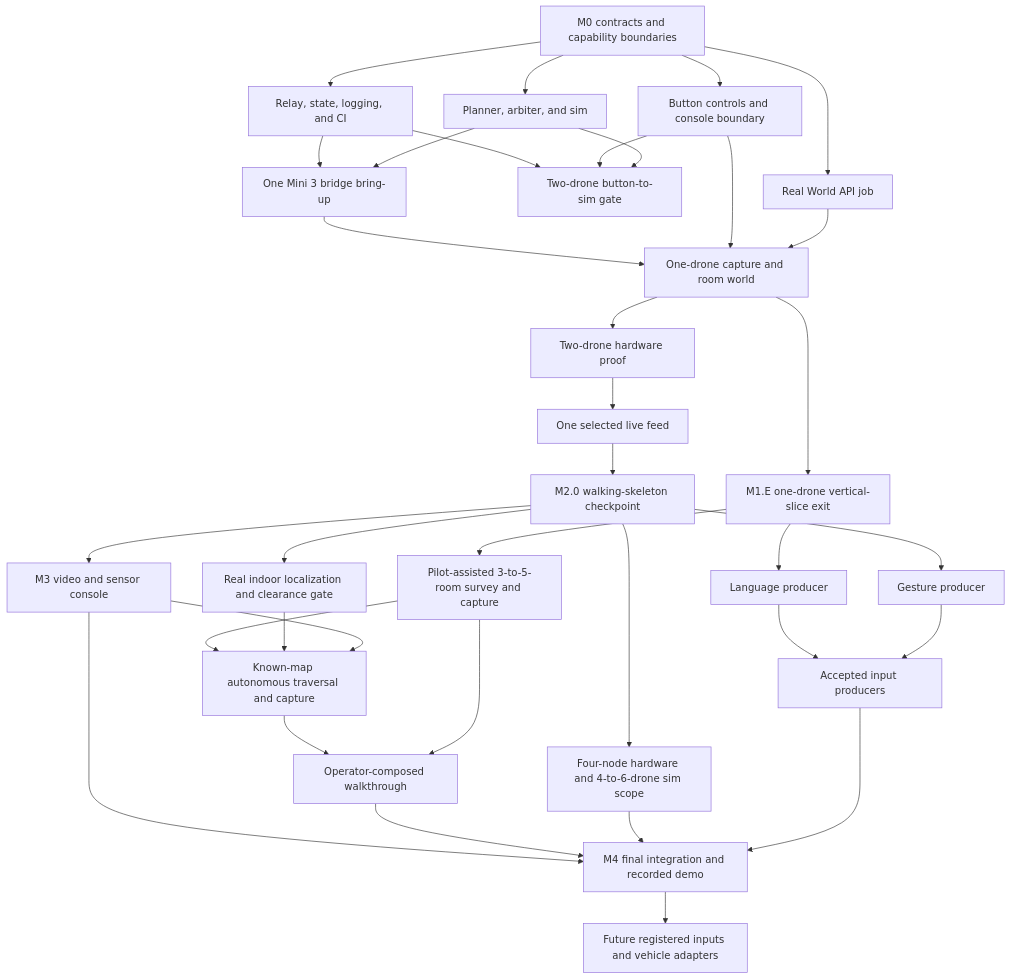
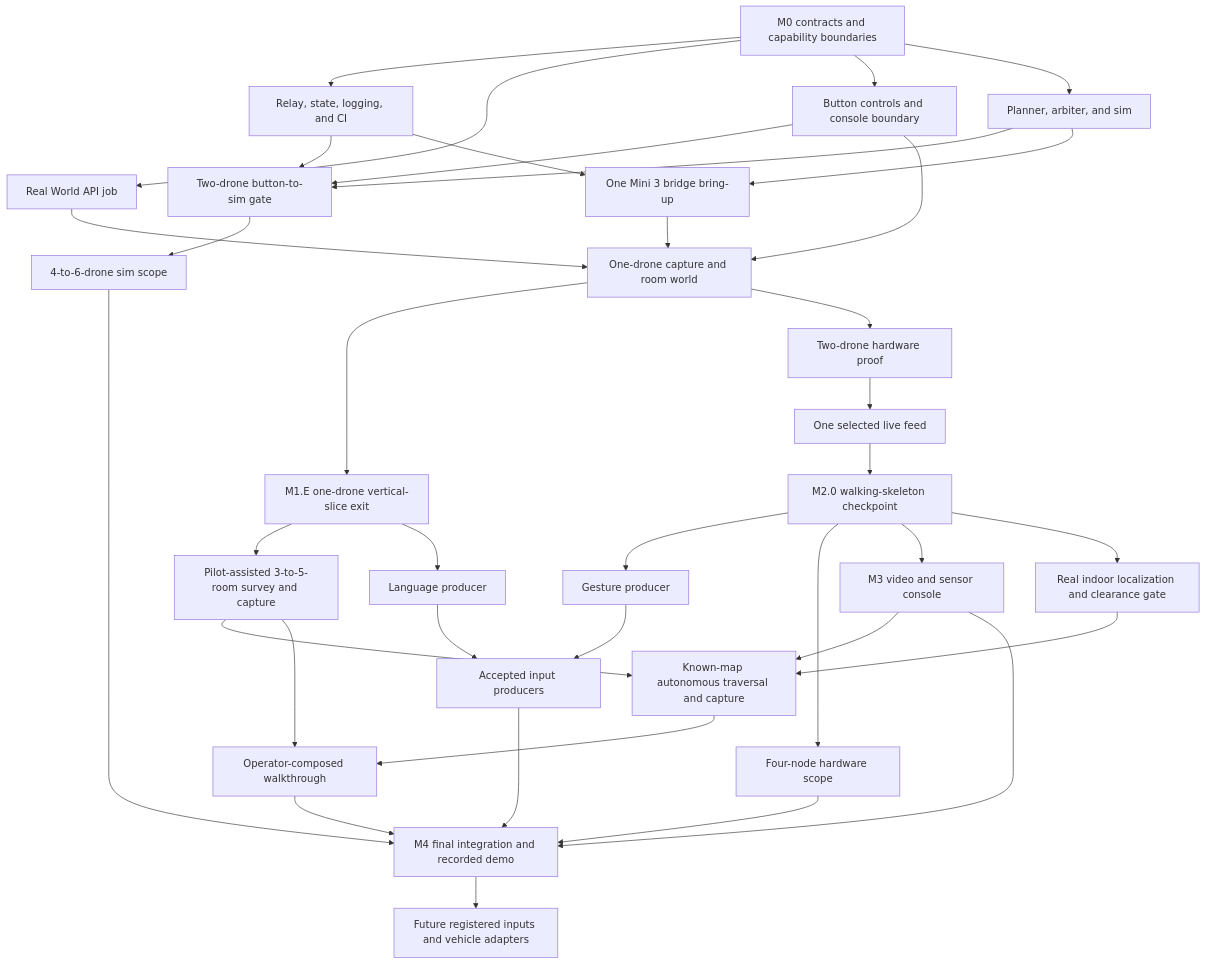
The diagram in docs/mvp-plan.md (worldofhacks/sweep), drawn with Mermaid before and after one commit. The commit also changed other lines of this file and 15 other files, not shown here.

````diff
--- a/docs/mvp-plan.md
+++ b/docs/mvp-plan.md
@@ -13,37 +13,39 @@
 ```mermaid
 flowchart TD
     m0[M0 contracts and capability boundaries] --> relay[Relay, state, logging, and CI]
     m0 --> worldapi[Real World API job]
     m0 --> controls[Button controls and console boundary]
     m0 --> autonomy[Planner, arbiter, and sim]
     relay --> simgate[Two-drone button-to-sim gate]
     controls --> simgate
     autonomy --> simgate
     relay --> bridge[One Mini 3 bridge bring-up]
     autonomy --> bridge
     bridge --> hw1[One-drone capture and room world]
     controls --> hw1
     worldapi --> hw1
     hw1 --> m1e[M1.E one-drone vertical-slice exit]
     m1e --> rooms[Pilot-assisted 3-to-5-room survey and capture]
     hw1 --> hw2[Two-drone hardware proof]
     hw2 --> feed[One selected live feed]
     feed --> m20[M2.0 walking-skeleton checkpoint]
     m1e --> language[Language producer]
     m20 --> gesture[Gesture producer]
-    m20 --> scale[Four-node hardware and 4-to-6-drone sim scope]
+    m20 --> hardware4[Four-node hardware scope]
+    simgate --> sim46[4-to-6-drone sim scope]
     m20 --> video[M3 video and sensor console]
     m20 --> localization[Real indoor localization and clearance gate]
     rooms --> knownmap[Known-map autonomous traversal and capture]
     localization --> knownmap
     video --> knownmap
     language --> inputs[Accepted input producers]
     gesture --> inputs
     knownmap --> compose[Operator-composed walkthrough]
     rooms --> compose
     video --> release[M4 final integration and recorded demo]
     compose --> release
-    scale --> release
+    hardware4 --> release
+    sim46 --> release
     inputs --> release
     release --> future[Future registered inputs and vehicle adapters]
 ```
````
